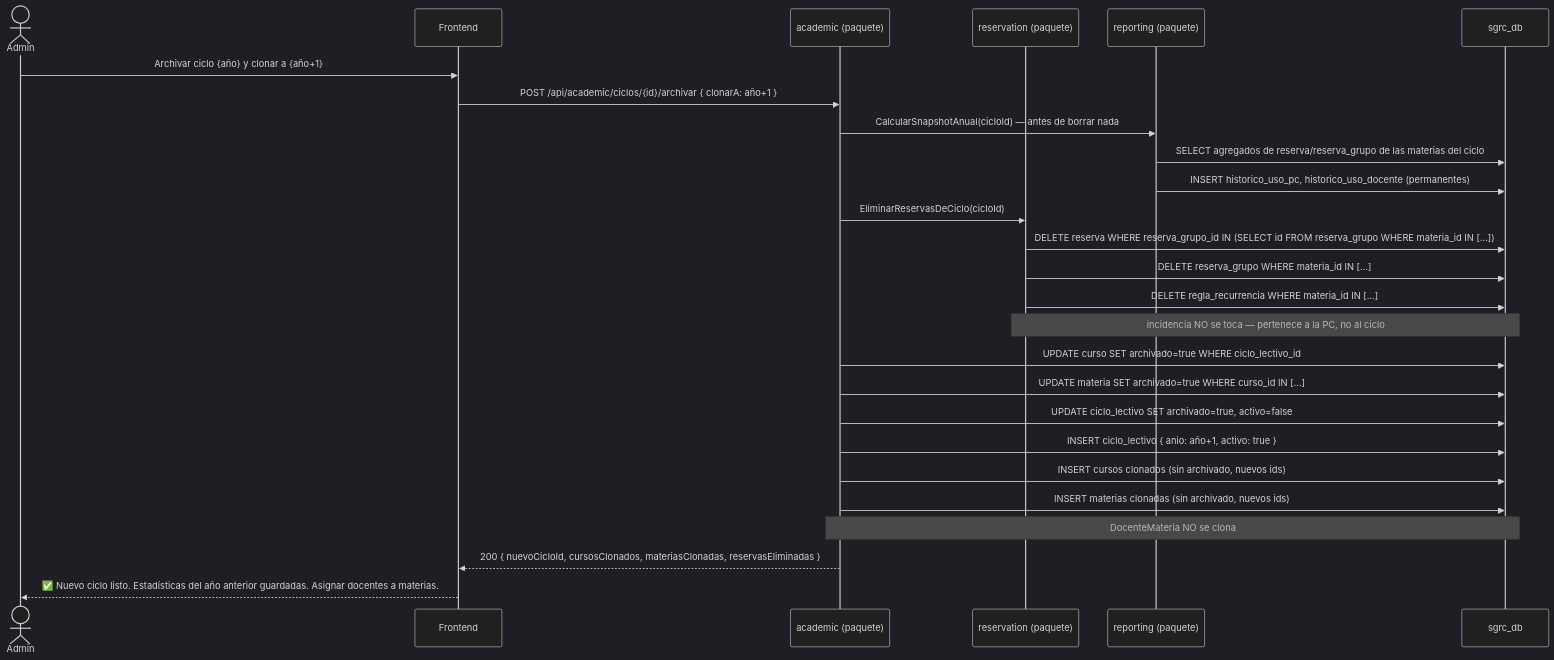
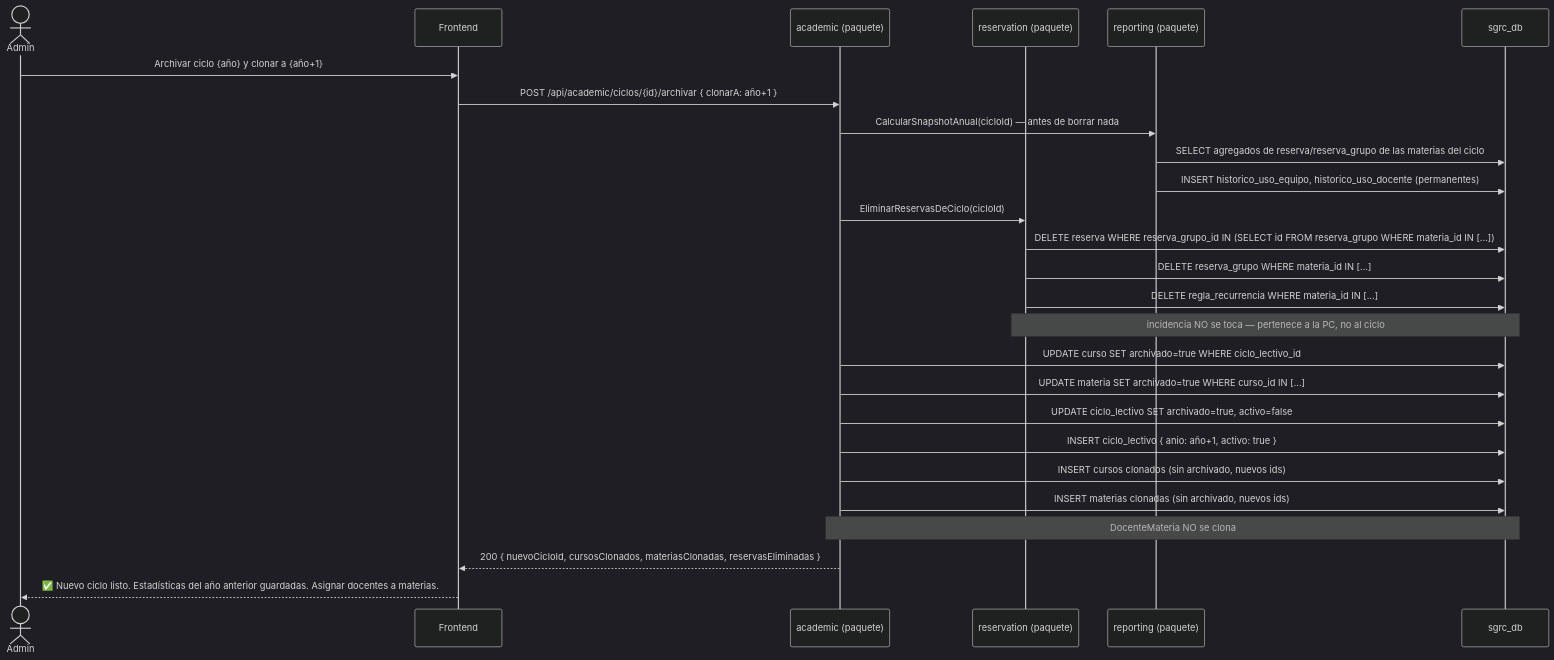
The ninth of 13 diagrams in docs/04-diagramas-secuencia.md (agustin-y2k/sgrc), drawn with Mermaid (dark theme) before and after one commit. The commit also changed other lines of this file and 140 other files, not shown here.

````diff
--- a/docs/04-diagramas-secuencia.md
+++ b/docs/04-diagramas-secuencia.md
@@ -272,29 +272,29 @@
 ```mermaid
 sequenceDiagram
     actor ADM as Admin
     participant FE as Frontend
     participant ACAD as academic (paquete)
     participant RES as reservation (paquete)
     participant REP as reporting (paquete)
     participant DB as sgrc_db
 
     ADM->>FE: Archivar ciclo {año} y clonar a {año+1}
     FE->>ACAD: POST /api/academic/ciclos/{id}/archivar { clonarA: año+1 }
     ACAD->>REP: CalcularSnapshotAnual(cicloId) — antes de borrar nada
     REP->>DB: SELECT agregados de reserva/reserva_grupo de las materias del ciclo
-    REP->>DB: INSERT historico_uso_pc, historico_uso_docente (permanentes)
+    REP->>DB: INSERT historico_uso_equipo, historico_uso_docente (permanentes)
     ACAD->>RES: EliminarReservasDeCiclo(cicloId)
     RES->>DB: DELETE reserva WHERE reserva_grupo_id IN (SELECT id FROM reserva_grupo WHERE materia_id IN [...])
     RES->>DB: DELETE reserva_grupo WHERE materia_id IN [...]
     RES->>DB: DELETE regla_recurrencia WHERE materia_id IN [...]
     Note over RES,DB: incidencia NO se toca — pertenece a la PC, no al ciclo
     ACAD->>DB: UPDATE curso SET archivado=true WHERE ciclo_lectivo_id
     ACAD->>DB: UPDATE materia SET archivado=true WHERE curso_id IN [...]
     ACAD->>DB: UPDATE ciclo_lectivo SET archivado=true, activo=false
     ACAD->>DB: INSERT ciclo_lectivo { anio: año+1, activo: true }
     ACAD->>DB: INSERT cursos clonados (sin archivado, nuevos ids)
     ACAD->>DB: INSERT materias clonadas (sin archivado, nuevos ids)
     Note over ACAD,DB: DocenteMateria NO se clona
     ACAD-->>FE: 200 { nuevoCicloId, cursosClonados, materiasClonadas, reservasEliminadas }
     FE-->>ADM: ✅ Nuevo ciclo listo. Estadísticas del año anterior guardadas. Asignar docentes a materias.
 ```
````
